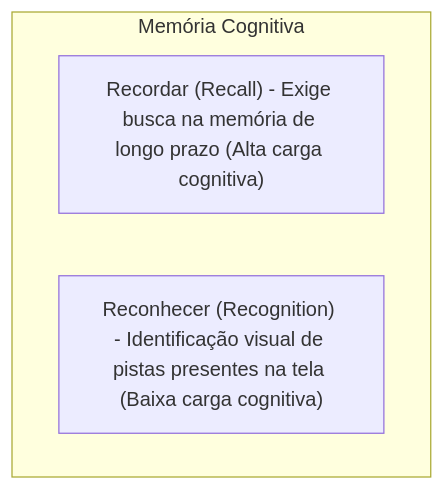
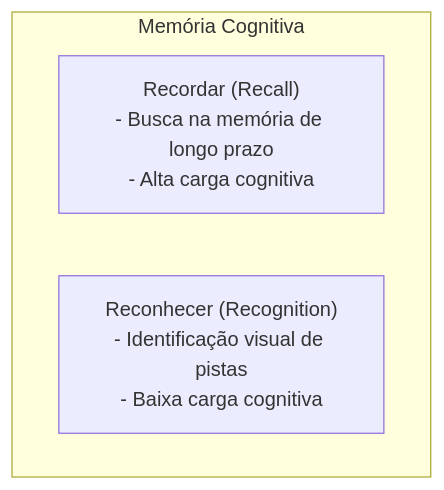
The third of 3 diagrams in 08. Design de Interacao/16. Interfaces gráficas - paradigma wimp, manipulação direta e reconhecer em vez de recordar.md (leorruas/puc), drawn with Mermaid before and after one commit. The commit also changed other lines of this file and 22 other files, not shown here.

Commit message:
style: optimize all Mermaid diagrams to tight vertical flows and enforce bidirectional navigation linking in AGENTS.md

````diff
--- a/08. Design de Interacao/16. Interfaces gráficas - paradigma wimp, manipulação direta e reconhecer em vez de recordar.md
+++ b/08. Design de Interacao/16. Interfaces gráficas - paradigma wimp, manipulação direta e reconhecer em vez de recordar.md
@@ -90,7 +90,7 @@
 ```mermaid
 graph TD
-    subgraph Memória Cognitiva
-        Recall["Recordar (Recall) - Exige busca na memória de longo prazo (Alta carga cognitiva)"]
-        Recognition["Reconhecer (Recognition) - Identificação visual de pistas presentes na tela (Baixa carga cognitiva)"]
+    subgraph Memoria ["Memória Cognitiva"]
+        Recall["Recordar (Recall)<br>- Busca na memória de longo prazo<br>- Alta carga cognitiva"]
+        Recognition["Reconhecer (Recognition)<br>- Identificação visual de pistas<br>- Baixa carga cognitiva"]
     end
 ```
````
